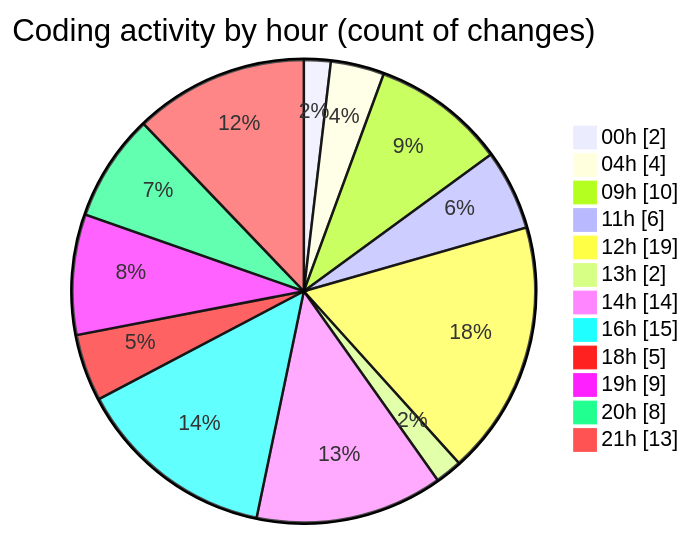
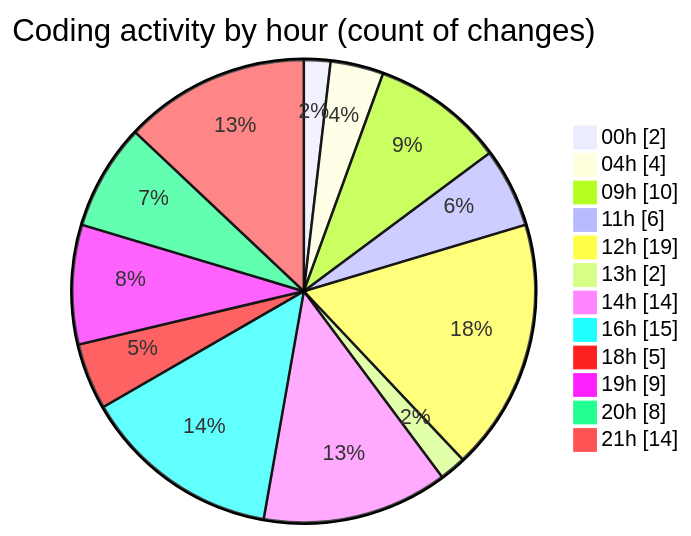
One commit to julien-gomy/code-tracking changed the second of 2 diagrams in 2025-10-28/eventscop-frontend-guide__workspace_/README.md. Above: the diagram before and after it, drawn with Mermaid. The commit also changed other lines of this file and 1 other file, not shown here.

````diff
--- a/2025-10-28/eventscop-frontend-guide__workspace_/README.md
+++ b/2025-10-28/eventscop-frontend-guide__workspace_/README.md
@@ -65,16 +66,16 @@
 ```mermaid
 pie showData
 title Coding activity by hour (count of changes)
 "00h" : 2
 "04h" : 4
 "09h" : 10
 "11h" : 6
 "12h" : 19
 "13h" : 2
 "14h" : 14
 "16h" : 15
 "18h" : 5
 "19h" : 9
 "20h" : 8
-"21h" : 13
+"21h" : 14
 ```
````
